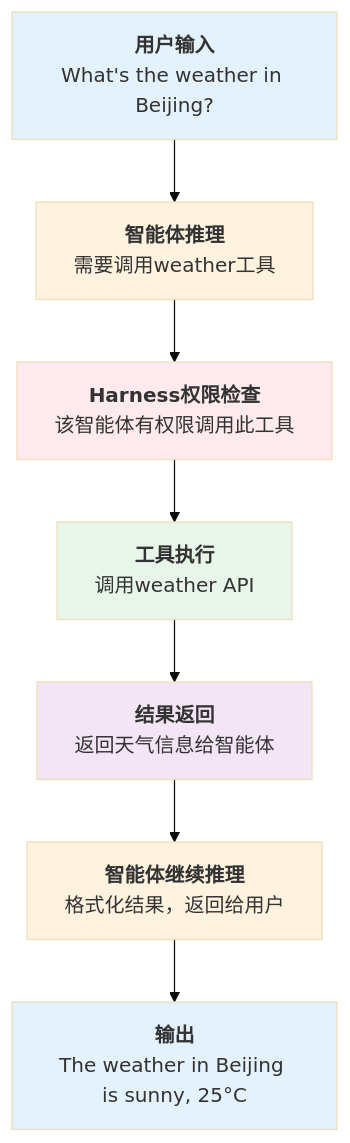
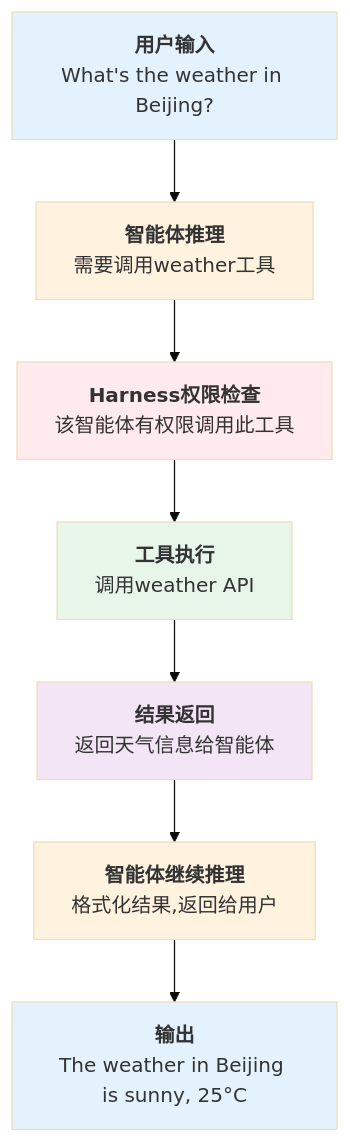
One commit to yeasy/harness_engineering_guide changed the diagram in 01_harness_intro/1.5_miniharness_intro.md. Above: the diagram before and after it, drawn with Mermaid (base theme). The commit also changed other lines of this file and 94 other files, not shown here.

````diff
--- a/01_harness_intro/1.5_miniharness_intro.md
+++ b/01_harness_intro/1.5_miniharness_intro.md
@@ -145,17 +145,17 @@
 ```mermaid
 flowchart TD
     A["<b>用户输入</b><br/>What's the weather in Beijing?"] --> B["<b>智能体推理</b><br/>需要调用weather工具"]
     B --> C["<b>Harness权限检查</b><br/>该智能体有权限调用此工具"]
     C --> D["<b>工具执行</b><br/>调用weather API"]
     D --> E["<b>结果返回</b><br/>返回天气信息给智能体"]
-    E --> F["<b>智能体继续推理</b><br/>格式化结果，返回给用户"]
+    E --> F["<b>智能体继续推理</b><br/>格式化结果,返回给用户"]
     F --> G["<b>输出</b><br/>The weather in Beijing is sunny, 25°C"]
 
     style A fill:#e3f2fd
     style B fill:#fff3e0
     style C fill:#ffebee
     style D fill:#e8f5e9
     style E fill:#f3e5f5
     style F fill:#fff3e0
     style G fill:#e3f2fd
 ```
````
